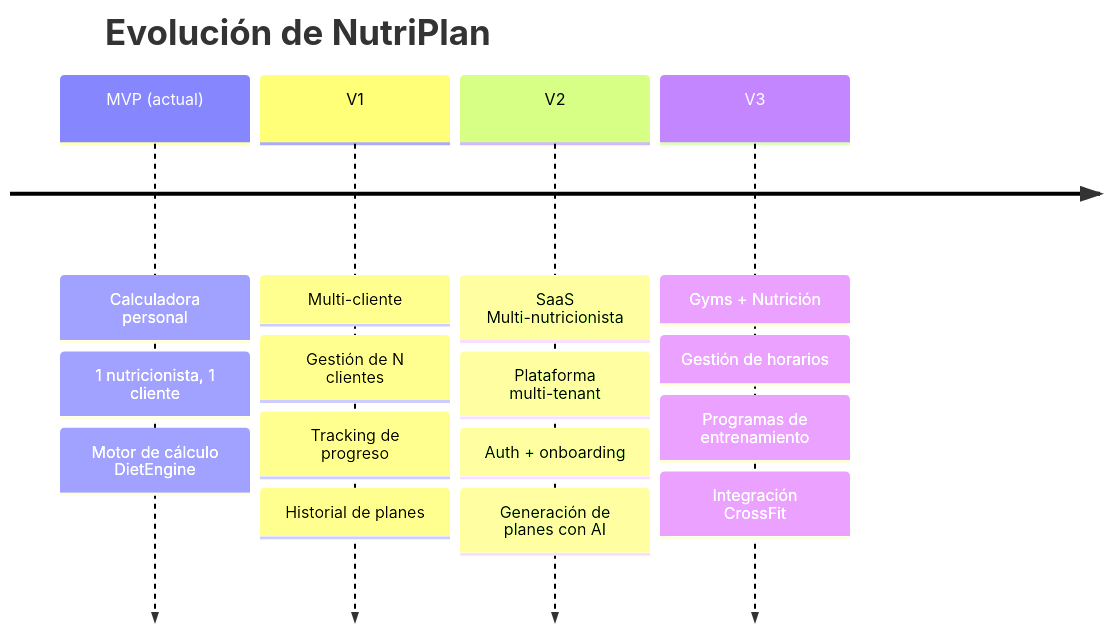
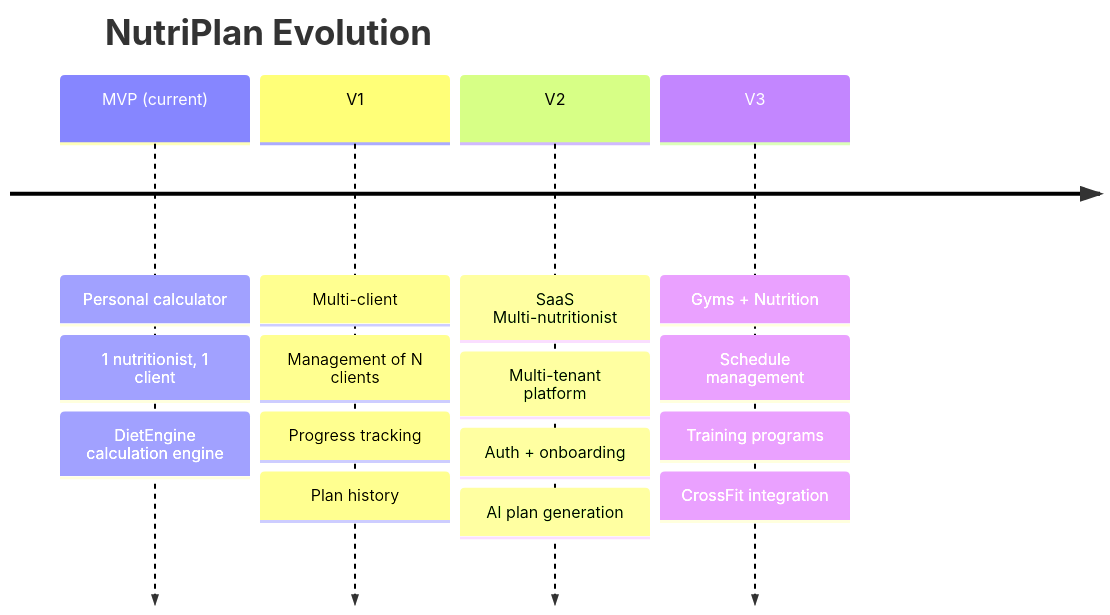
One commit to estebandiazm/nutrition-calculator-web changed the third of 3 diagrams in README.md. Above: the diagram before and after it, drawn with Mermaid. The commit also changed other lines of this file, not shown here.

````diff
--- a/README.md
+++ b/README.md
@@ -244,19 +244,19 @@
 ```mermaid
 timeline
-    title Evolución de NutriPlan
-    MVP (actual) : Calculadora personal
-                 : 1 nutricionista, 1 cliente
-                 : Motor de cálculo DietEngine
-    V1           : Multi-cliente
-                 : Gestión de N clientes
-                 : Tracking de progreso
-                 : Historial de planes
-    V2           : SaaS Multi-nutricionista
-                 : Plataforma multi-tenant
-                 : Auth + onboarding
-                 : Generación de planes con AI
-    V3           : Gyms + Nutrición
-                 : Gestión de horarios
-                 : Programas de entrenamiento
-                 : Integración CrossFit
+    title NutriPlan Evolution
+    MVP (current) : Personal calculator
+                  : 1 nutritionist, 1 client
+                  : DietEngine calculation engine
+    V1            : Multi-client
+                  : Management of N clients
+                  : Progress tracking
+                  : Plan history
+    V2            : SaaS Multi-nutritionist
+                  : Multi-tenant platform
+                  : Auth + onboarding
+                  : AI plan generation
+    V3            : Gyms + Nutrition
+                  : Schedule management
+                  : Training programs
+                  : CrossFit integration
 ```
````
